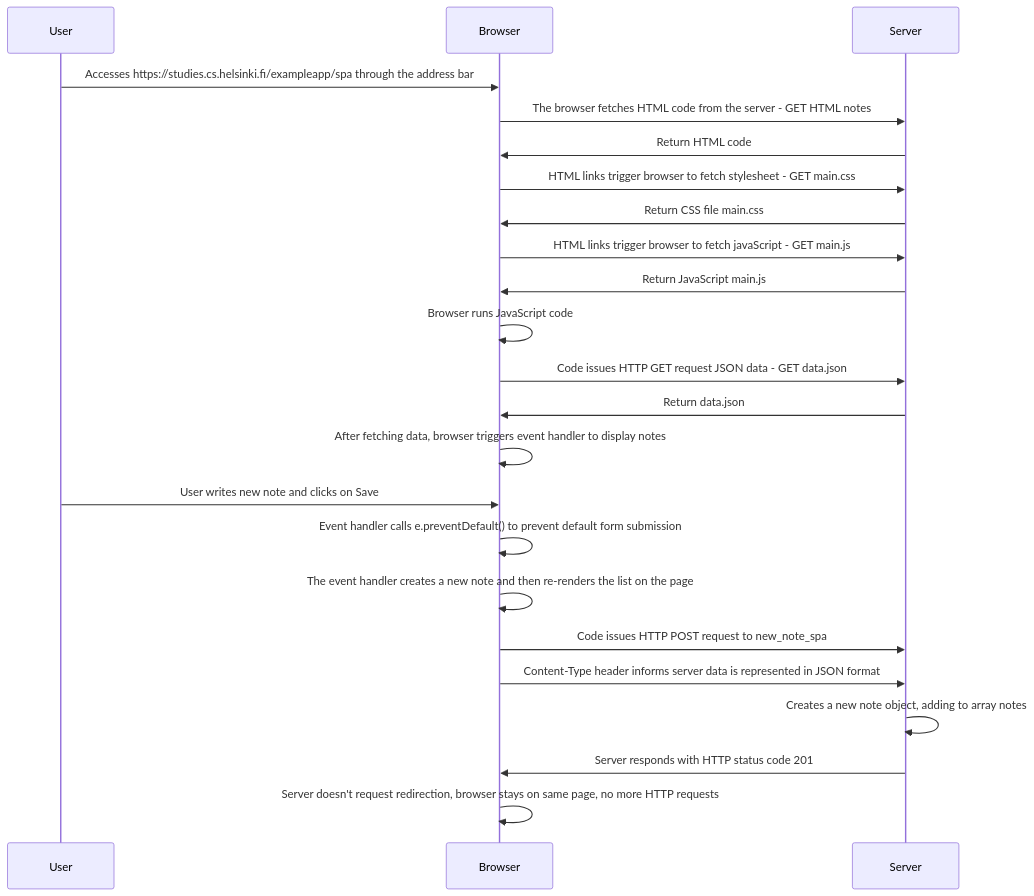
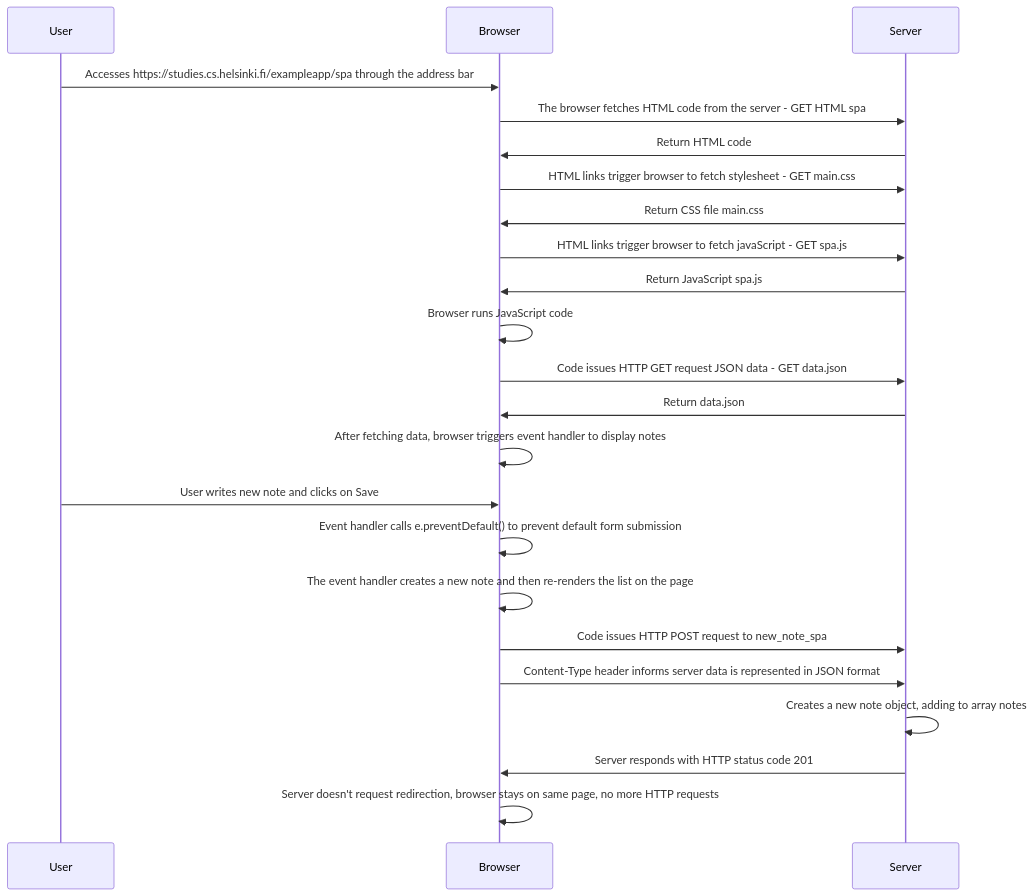
The diagram in part0/sequenceDiagram0-6.md (garciamoramc/course-fullstackopen), drawn with Mermaid before and after one commit.

````diff
--- a/part0/sequenceDiagram0-6.md
+++ b/part0/sequenceDiagram0-6.md
@@ -1,22 +1,22 @@
 ```mermaid
 sequenceDiagram
     User->>Browser: Accesses https://studies.cs.helsinki.fi/exampleapp/spa through the address bar
-    Browser->>Server: The browser fetches HTML code from the server - GET HTML notes
+    Browser->>Server: The browser fetches HTML code from the server - GET HTML spa
     Server->>Browser: Return HTML code
     Browser->>Server: HTML links trigger browser to fetch stylesheet - GET main.css
     Server->>Browser: Return CSS file main.css
-    Browser->>Server: HTML links trigger browser to fetch javaScript - GET main.js
-    Server->>Browser: Return JavaScript main.js
+    Browser->>Server: HTML links trigger browser to fetch javaScript - GET spa.js
+    Server->>Browser: Return JavaScript spa.js
     Browser->>Browser: Browser runs JavaScript code 
     Browser->>Server: Code issues HTTP GET request JSON data - GET data.json
     Server->>Browser: Return data.json
     Browser->>Browser: After fetching data, browser triggers event handler to display notes
     User->>Browser: User writes new note and clicks on Save
     Browser->>Browser: Event handler calls e.preventDefault() to prevent default form submission
     Browser->>Browser: The event handler creates a new note and then re-renders the list on the page
     Browser->>Server: Code issues HTTP POST request to new_note_spa
     Browser->>Server: Content-Type header informs server data is represented in JSON format
     Server->>Server: Creates a new note object, adding to array notes
     Server->>Browser: Server responds with HTTP status code 201
     Browser->>Browser: Server doesn't request redirection, browser stays on same page, no more HTTP requests
 ```
````
